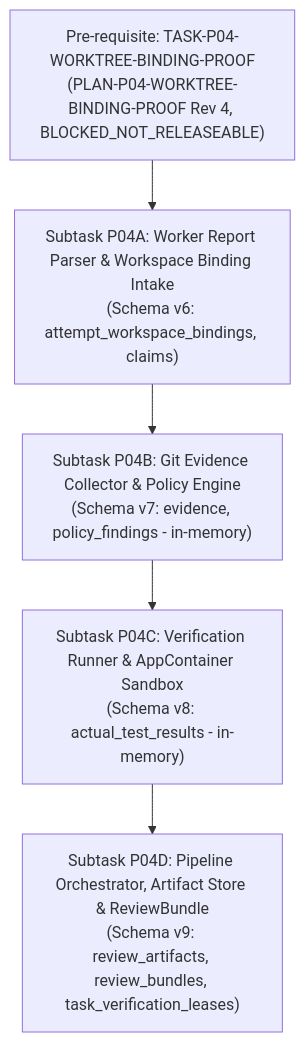
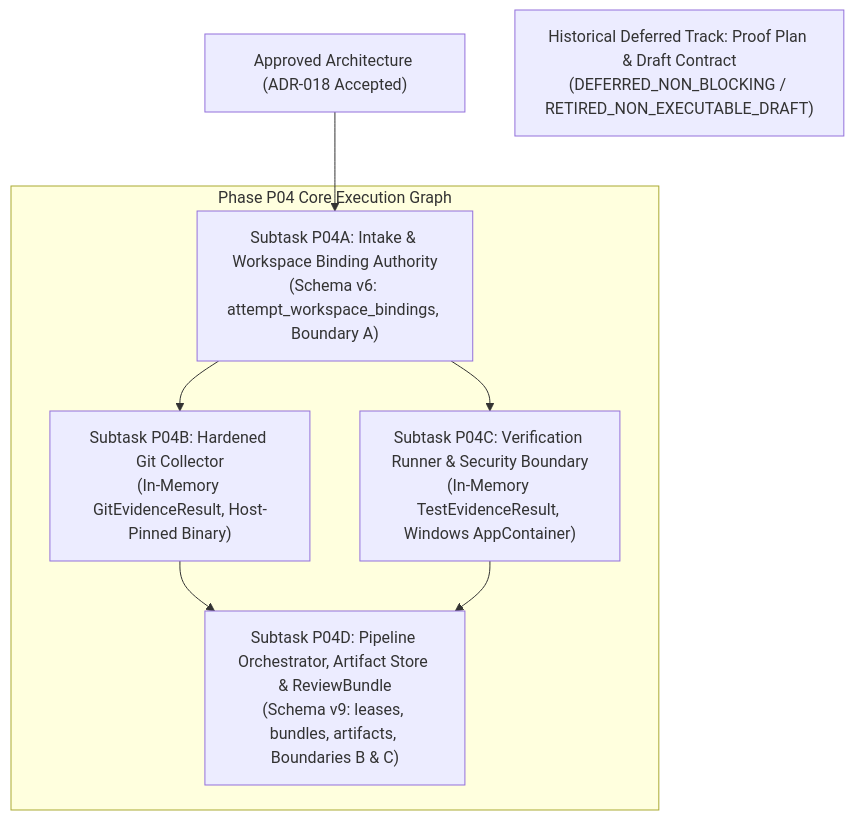
Before and after one commit to trungqwe/ai-supervisor: the diagram in docs/plans/PLAN-P04-EVIDENCE-REVIEW.md, drawn with Mermaid. The commit also changed other lines of this file and 8 other files, not shown here.

Commit message:
docs(p04): record Re-Audit 005 and Proposal P04-002, remediate pre-contract architecture round 6

````diff
--- a/docs/plans/PLAN-P04-EVIDENCE-REVIEW.md
+++ b/docs/plans/PLAN-P04-EVIDENCE-REVIEW.md
@@ -31,8 +20,23 @@
 ```mermaid
-flowchart TD
-    P04_Proof["Pre-requisite: TASK-P04-WORKTREE-BINDING-PROOF\n(PLAN-P04-WORKTREE-BINDING-PROOF Rev 4, BLOCKED_NOT_RELEASEABLE)"] --> P04A
-    P04A["Subtask P04A: Worker Report Parser & Workspace Binding Intake\n(Schema v6: attempt_workspace_bindings, claims)"] --> P04B
-    P04B["Subtask P04B: Git Evidence Collector & Policy Engine\n(Schema v7: evidence, policy_findings - in-memory)"] --> P04C
-    P04C["Subtask P04C: Verification Runner & AppContainer Sandbox\n(Schema v8: actual_test_results - in-memory)"] --> P04D
-    P04D["Subtask P04D: Pipeline Orchestrator, Artifact Store & ReviewBundle\n(Schema v9: review_artifacts, review_bundles, task_verification_leases)"]
+graph TD
+    Gov["Approved Architecture (ADR-018 Accepted)"] --> P04A
+
+    subgraph PhaseP04ExecutionGraph["Phase P04 Core Execution Graph"]
+        P04A["Subtask P04A: Intake & Workspace Binding Authority
+(Schema v6: attempt_workspace_bindings, Boundary A)"]
+        P04B["Subtask P04B: Hardened Git Collector
+(In-Memory GitEvidenceResult, Host-Pinned Binary)"]
+        P04C["Subtask P04C: Verification Runner & Security Boundary
+(In-Memory TestEvidenceResult, Windows AppContainer)"]
+        P04D["Subtask P04D: Pipeline Orchestrator, Artifact Store & ReviewBundle
+(Schema v9: leases, bundles, artifacts, Boundaries B & C)"]
+
+        P04A --> P04B
+        P04A --> P04C
+        P04B --> P04D
+        P04C --> P04D
+    end
+
+    HistoricalTrack["Historical Deferred Track: Proof Plan & Draft Contract
+(DEFERRED_NON_BLOCKING / RETIRED_NON_EXECUTABLE_DRAFT)"]
 ```
````
